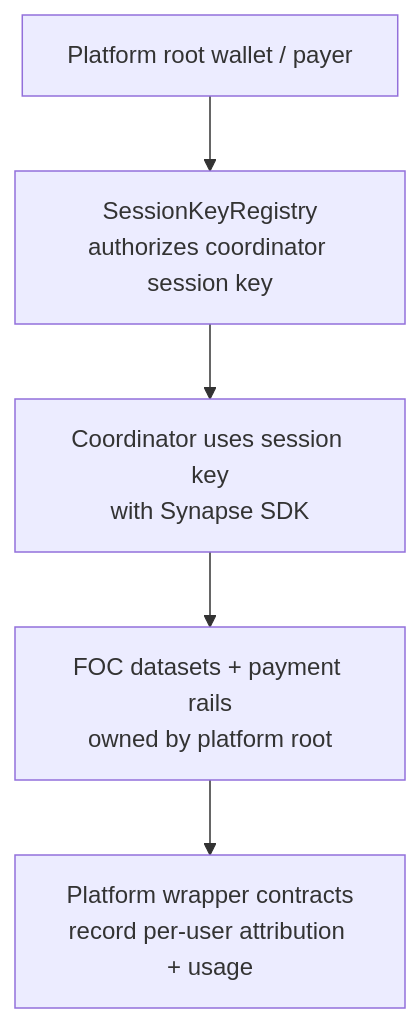
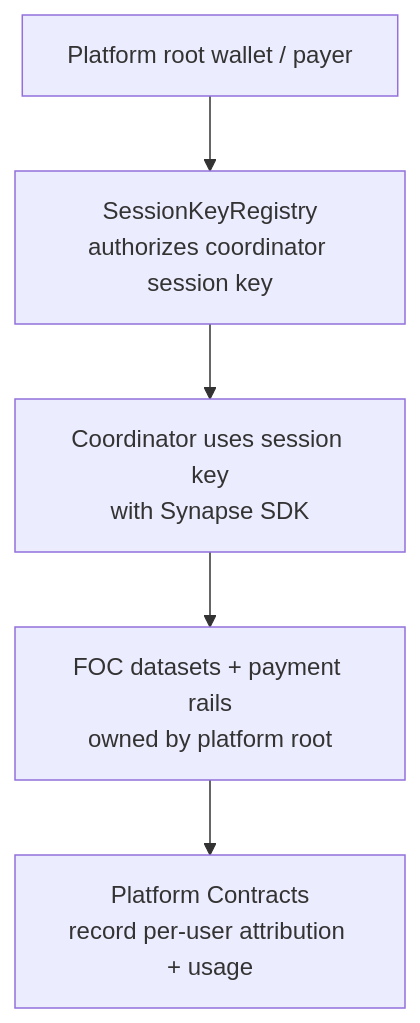
The fifth of 20 diagrams in spec.md (FIL-Builders/foc-platform), drawn with Mermaid before and after one commit. The commit also changed other lines of this file, not shown here.

````diff
--- a/spec.md
+++ b/spec.md
@@ -474,13 +491,13 @@
 ```mermaid
 flowchart TD
   root["Platform root wallet / payer"]
   registry["SessionKeyRegistry<br/>authorizes coordinator session key"]
   coordinator["Coordinator uses session key<br/>with Synapse SDK"]
   foc["FOC datasets + payment rails<br/>owned by platform root"]
-  platform["Platform wrapper contracts<br/>record per-user attribution + usage"]
+  platform["Platform Contracts<br/>record per-user attribution + usage"]
 
   root --> registry
   registry --> coordinator
   coordinator --> foc
   foc --> platform
 ```
````
